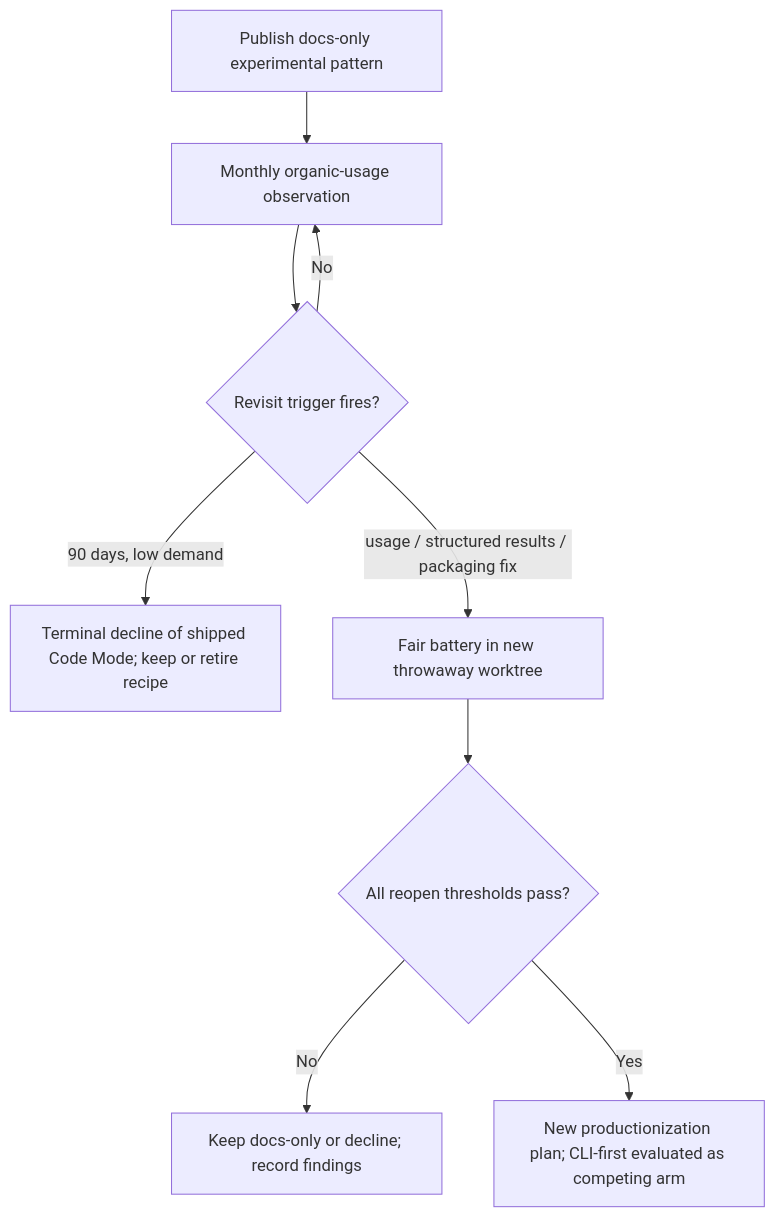
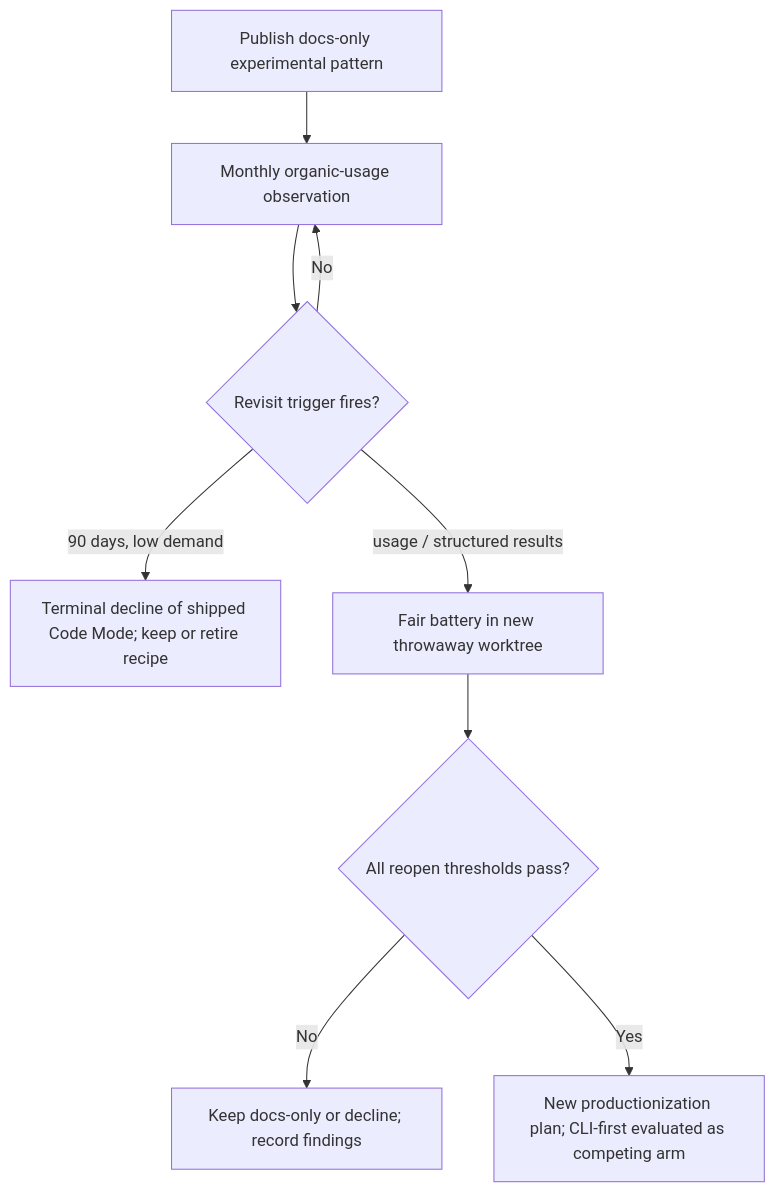
Before and after one commit to benvenker/agent-session-search: the third of 3 diagrams in docs/plans/2026-07-18-001-feat-session-search-code-plan.md, drawn with Mermaid. The commit also changed other lines of this file, not shown here.

````diff
--- a/docs/plans/2026-07-18-001-feat-session-search-code-plan.md
+++ b/docs/plans/2026-07-18-001-feat-session-search-code-plan.md
@@ -176,11 +176,11 @@
 ```mermaid
 flowchart TB
   D[Publish docs-only experimental pattern] --> O[Monthly organic-usage observation]
   O --> T{Revisit trigger fires?}
   T -->|No| O
   T -->|90 days, low demand| L[Terminal decline of shipped Code Mode; keep or retire recipe]
-  T -->|usage / structured results / packaging fix| P[Fair battery in new throwaway worktree]
+  T -->|usage / structured results| P[Fair battery in new throwaway worktree]
   P --> G{All reopen thresholds pass?}
   G -->|No| D2[Keep docs-only or decline; record findings]
   G -->|Yes| N[New productionization plan; CLI-first evaluated as competing arm]
 ```
````
